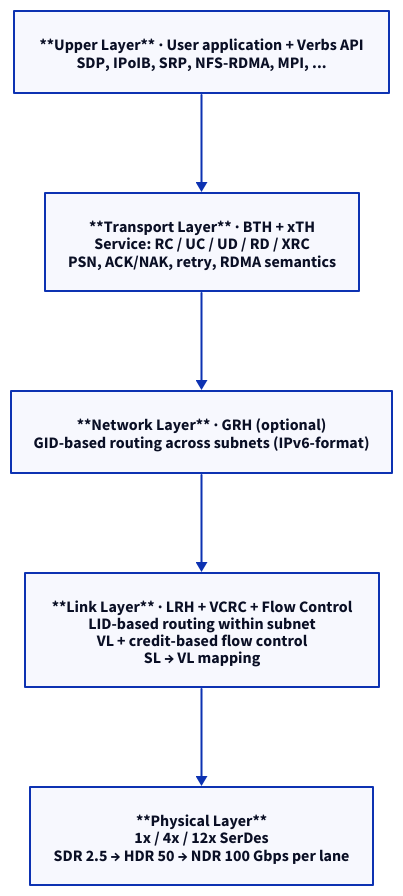
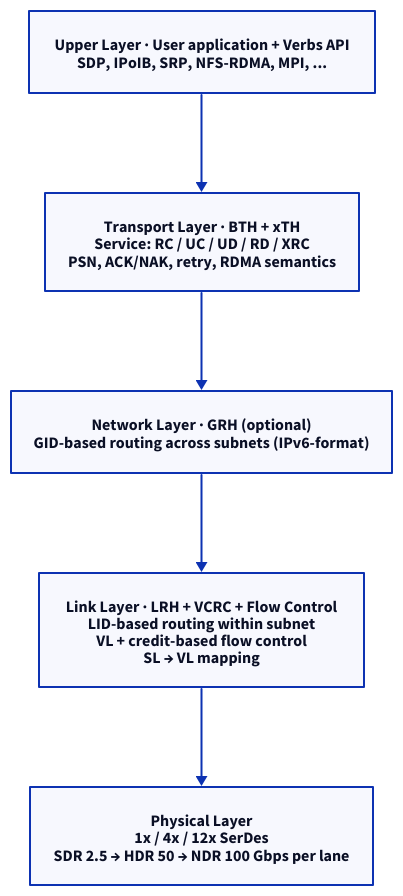
The second of 6 diagrams in starlight_site/src/content/docs/rdma/02_ib_protocol_stack.md (humbleowl39/DV_SKOOL), drawn with D2 before and after one commit. The commit also changed 714 other files, not shown here.

First line of the commit message:
fix(site): d2 다이어그램 가독성 결함 6종 일괄 수정

````diff
--- a/starlight_site/src/content/docs/rdma/02_ib_protocol_stack.md
+++ b/starlight_site/src/content/docs/rdma/02_ib_protocol_stack.md
@@ -197,13 +197,13 @@
 ```d2
 direction: down
 
-UP: "**Upper Layer** · User application + Verbs API\nSDP, IPoIB, SRP, NFS-RDMA, MPI, ..."
-TR: "**Transport Layer** · BTH + xTH\nService: RC / UC / UD / RD / XRC\nPSN, ACK/NAK, retry, RDMA semantics"
-NET: "**Network Layer** · GRH (optional)\nGID-based routing across subnets (IPv6-format)"
-LNK: "**Link Layer** · LRH + VCRC + Flow Control\nLID-based routing within subnet\nVL + credit-based flow control\nSL → VL mapping"
-PHY: "**Physical Layer**\n1x / 4x / 12x SerDes\nSDR 2.5 → HDR 50 → NDR 100 Gbps per lane"
+UP: "Upper Layer · User application + Verbs API\nSDP, IPoIB, SRP, NFS-RDMA, MPI, ..."
+TR: "Transport Layer · BTH + xTH\nService: RC / UC / UD / RD / XRC\nPSN, ACK/NAK, retry, RDMA semantics"
+NET: "Network Layer · GRH (optional)\nGID-based routing across subnets (IPv6-format)"
+LNK: "Link Layer · LRH + VCRC + Flow Control\nLID-based routing within subnet\nVL + credit-based flow control\nSL → VL mapping"
+PHY: "Physical Layer\n1x / 4x / 12x SerDes\nSDR 2.5 → HDR 50 → NDR 100 Gbps per lane"
 UP -> TR
 TR -> NET
 NET -> LNK
 LNK -> PHY
 ```
````
